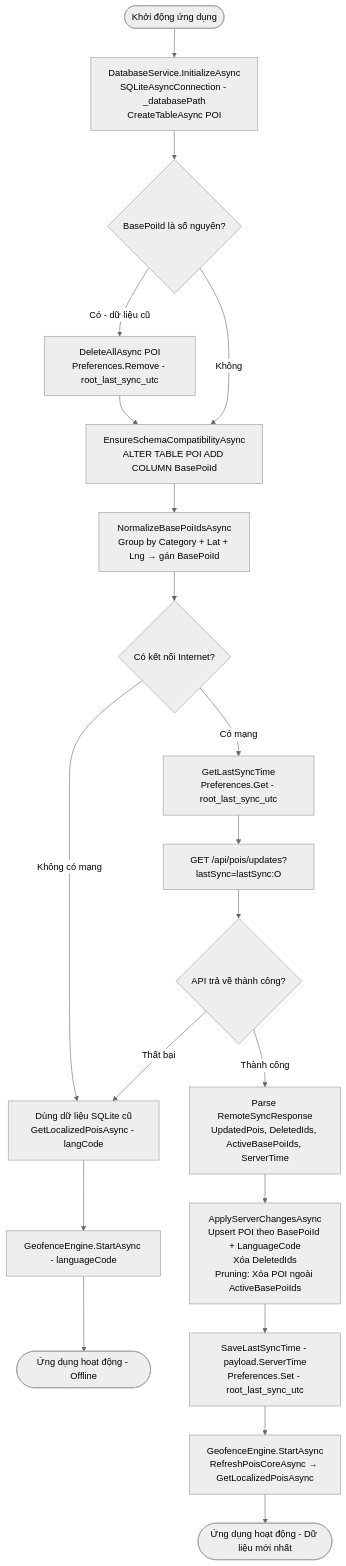
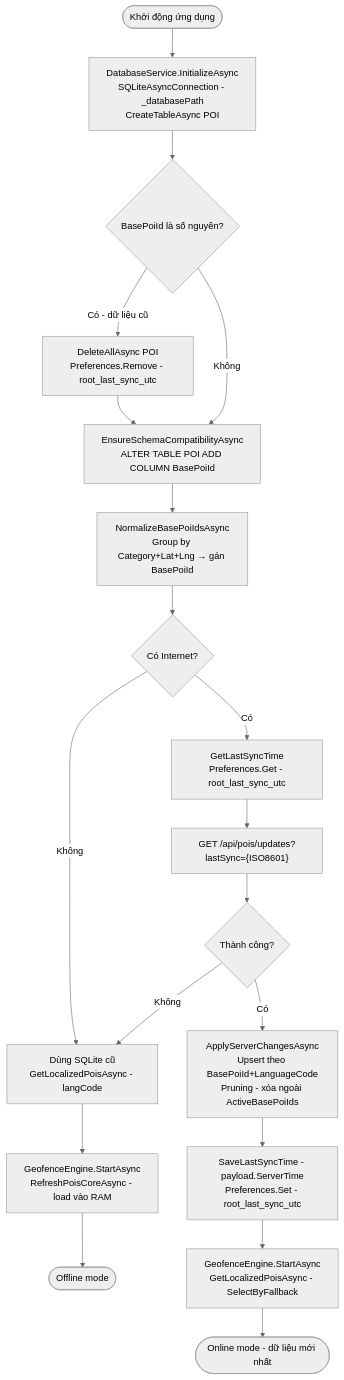
Before and after one commit to phamquyet47204/C-Sharp: diagram 16 of 16 in README.md, drawn with Mermaid (neutral theme). The commit also changed other lines of this file, not shown here.

````diff
--- a/README.md
+++ b/README.md
@@ -1257,22 +839,21 @@
 ```mermaid
 flowchart TD
   Start([Khởi động ứng dụng]) --> Init["DatabaseService.InitializeAsync\nSQLiteAsyncConnection - _databasePath\nCreateTableAsync POI"]
-  Init --> CheckLegacy{BasePoiId là số nguyên?}
-  CheckLegacy -->|Có - dữ liệu cũ| WipeDB["DeleteAllAsync POI\nPreferences.Remove - root_last_sync_utc"]
-  WipeDB --> Schema["EnsureSchemaCompatibilityAsync\nALTER TABLE POI ADD COLUMN BasePoiId"]
-  CheckLegacy -->|Không| Schema
-  Schema --> Normalize["NormalizeBasePoiIdsAsync\nGroup by Category + Lat + Lng → gán BasePoiId"]
-  Normalize --> CheckNet{Có kết nối Internet?}
-  CheckNet -->|Không có mạng| UseCache["Dùng dữ liệu SQLite cũ\nGetLocalizedPoisAsync - langCode"]
-  UseCache --> StartGeo1["GeofenceEngine.StartAsync - languageCode"]
-  StartGeo1 --> End1([Ứng dụng hoạt động - Offline])
-  CheckNet -->|Có mạng| ReadLastSync["GetLastSyncTime\nPreferences.Get - root_last_sync_utc"]
-  ReadLastSync --> CallAPI["GET /api/pois/updates?lastSync=lastSync:O"]
-  CallAPI --> CheckResp{API trả về thành công?}
-  CheckResp -->|Thất bại| UseCache
-  CheckResp -->|Thành công| ParseResp["Parse RemoteSyncResponse\nUpdatedPois, DeletedIds, ActiveBasePoiIds, ServerTime"]
-  ParseResp --> ApplyChanges["ApplyServerChangesAsync\nUpsert POI theo BasePoiId + LanguageCode\nXóa DeletedIds\nPruning: Xóa POI ngoài ActiveBasePoiIds"]
-  ApplyChanges --> SaveSync["SaveLastSyncTime - payload.ServerTime\nPreferences.Set - root_last_sync_utc"]
-  SaveSync --> StartGeo2["GeofenceEngine.StartAsync\nRefreshPoisCoreAsync → GetLocalizedPoisAsync"]
-  StartGeo2 --> End2([Ứng dụng hoạt động - Dữ liệu mới nhất])
+  Init --> LegacyCheck{BasePoiId là số nguyên?}
+  LegacyCheck -->|Có - dữ liệu cũ| Wipe["DeleteAllAsync POI\nPreferences.Remove - root_last_sync_utc"]
+  Wipe --> Schema["EnsureSchemaCompatibilityAsync\nALTER TABLE POI ADD COLUMN BasePoiId"]
+  LegacyCheck -->|Không| Schema
+  Schema --> Normalize["NormalizeBasePoiIdsAsync\nGroup by Category+Lat+Lng → gán BasePoiId"]
+  Normalize --> NetCheck{Có Internet?}
+  NetCheck -->|Không| Cache["Dùng SQLite cũ\nGetLocalizedPoisAsync - langCode"]
+  Cache --> GeoStart1["GeofenceEngine.StartAsync\nRefreshPoisCoreAsync - load vào RAM"]
+  GeoStart1 --> End1([Offline mode])
+  NetCheck -->|Có| LastSync["GetLastSyncTime\nPreferences.Get - root_last_sync_utc"]
+  LastSync --> API["GET /api/pois/updates?lastSync={ISO8601}"]
+  API --> APICheck{Thành công?}
+  APICheck -->|Không| Cache
+  APICheck -->|Có| Apply["ApplyServerChangesAsync\nUpsert theo BasePoiId+LanguageCode\nPruning - xóa ngoài ActiveBasePoiIds"]
+  Apply --> SaveSync["SaveLastSyncTime - payload.ServerTime\nPreferences.Set - root_last_sync_utc"]
+  SaveSync --> GeoStart2["GeofenceEngine.StartAsync\nGetLocalizedPoisAsync - SelectByFallback"]
+  GeoStart2 --> End2([Online mode - dữ liệu mới nhất])
 ```
````
